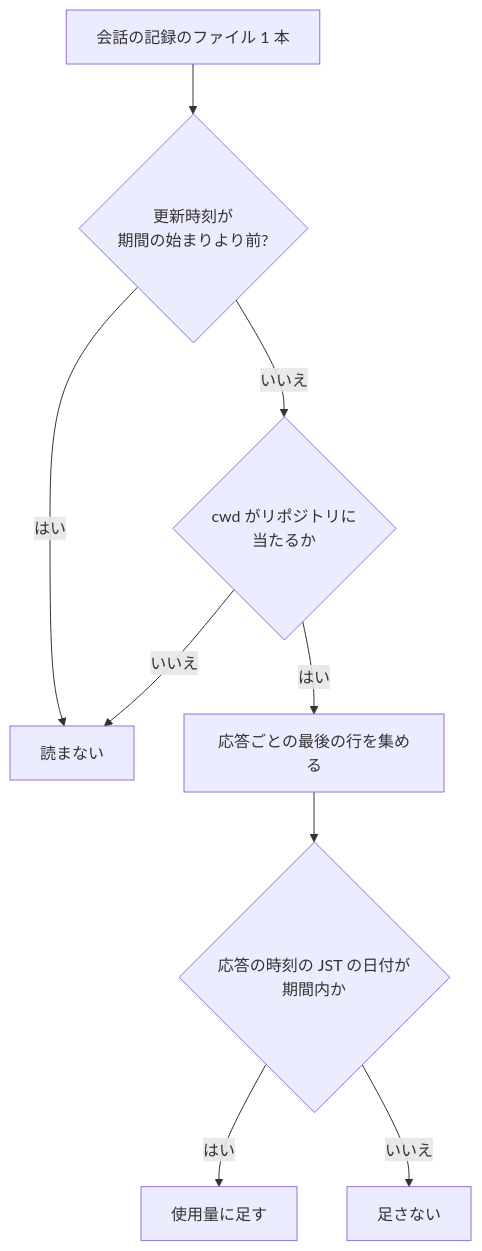
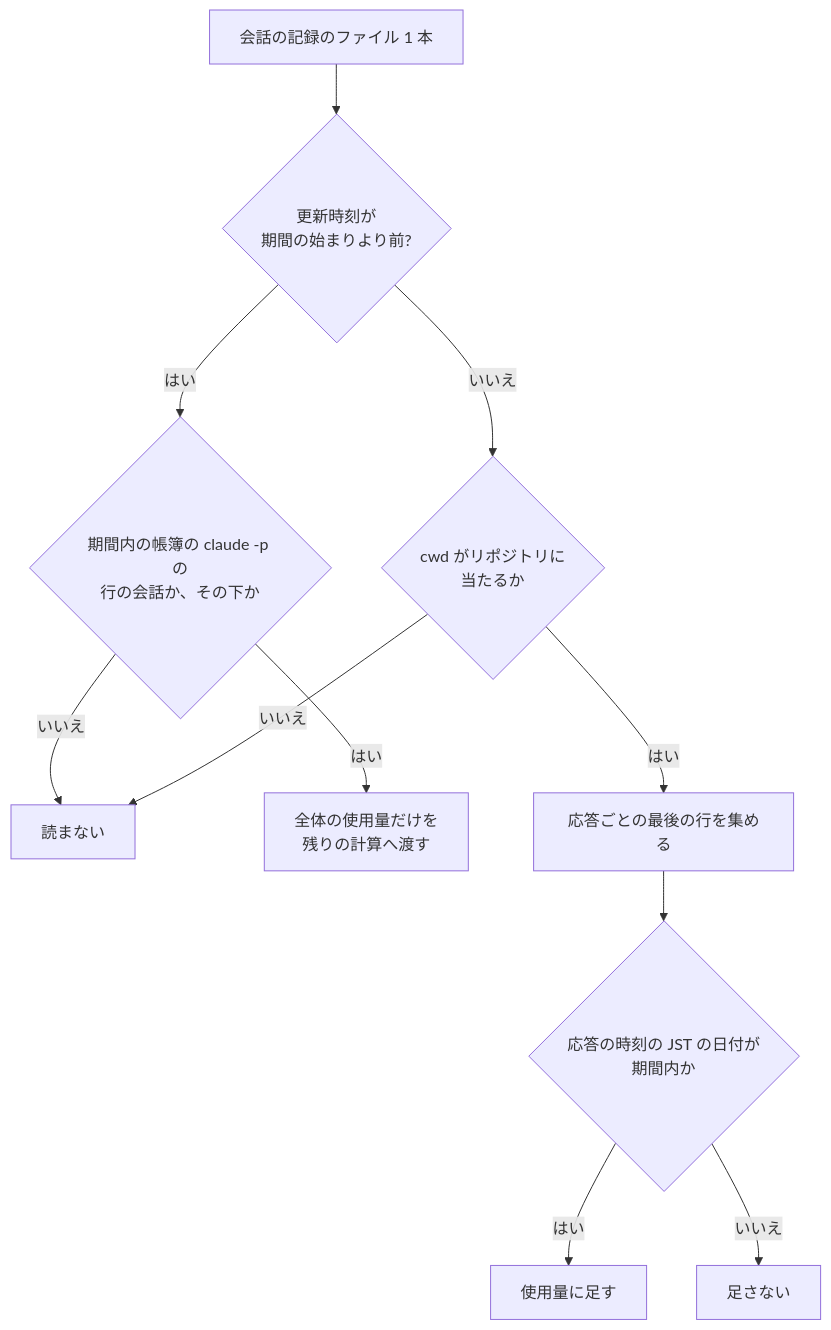
Before and after one commit to devbasex/ai-plugins: the fourth of 5 diagrams in issues/issue-1979-design.md, drawn with Mermaid. The commit also changed other lines of this file, not shown here.

Commit message:
Docs: #1979 の設計で、会話の記録の読み込みが受ける帳簿の claude -p の会話の集合と戻り値の 3 つ組を書き、更新時刻が期間より前のサブエージェントを読む経路のテストを足す

````diff
--- a/issues/issue-1979-design.md
+++ b/issues/issue-1979-design.md
@@ -252,11 +252,13 @@
 ```mermaid
 graph TD
   A["会話の記録のファイル 1 本"] --> B{"更新時刻が<br/>期間の始まりより前?"}
-  B -->|はい| X["読まない"]
+  B -->|はい| K{"期間内の帳簿の claude -p の<br/>行の会話か、その下か"}
+  K -->|いいえ| X["読まない"]
+  K -->|はい| R["全体の使用量だけを<br/>残りの計算へ渡す"]
   B -->|いいえ| C{"cwd がリポジトリに<br/>当たるか"}
   C -->|いいえ| X
   C -->|はい| D["応答ごとの最後の行を集める"]
   D --> E{"応答の時刻の JST の日付が<br/>期間内か"}
   E -->|はい| F["使用量に足す"]
   E -->|いいえ| G["足さない"]
 ```
````
